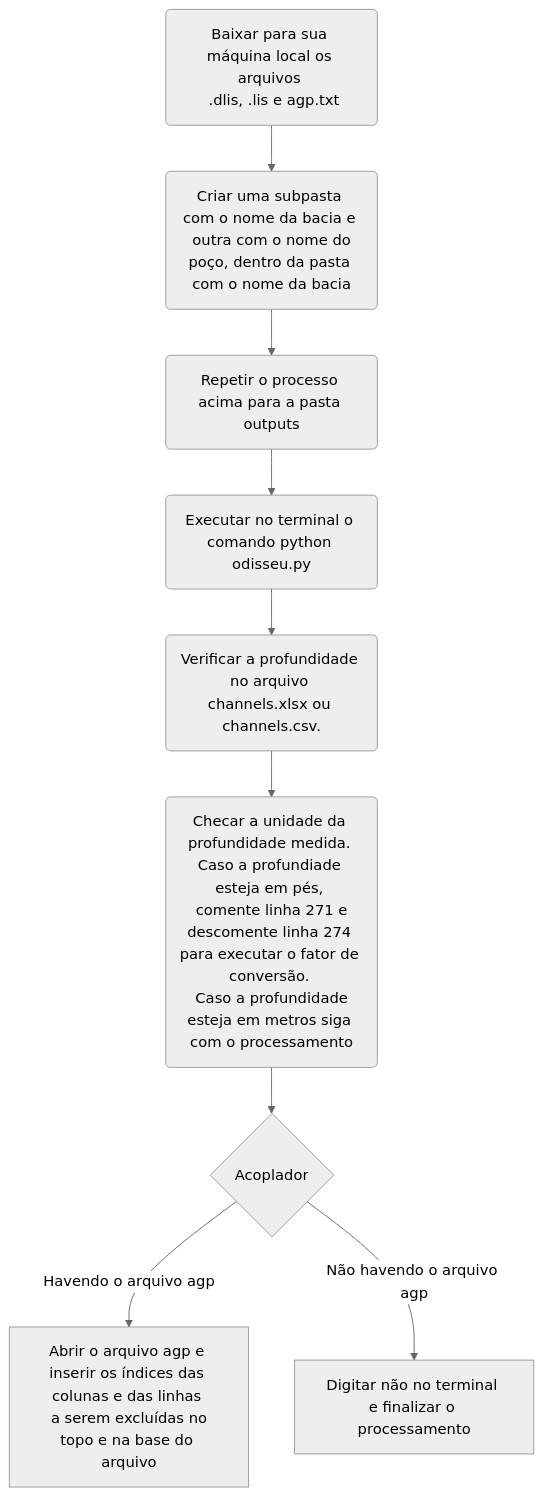
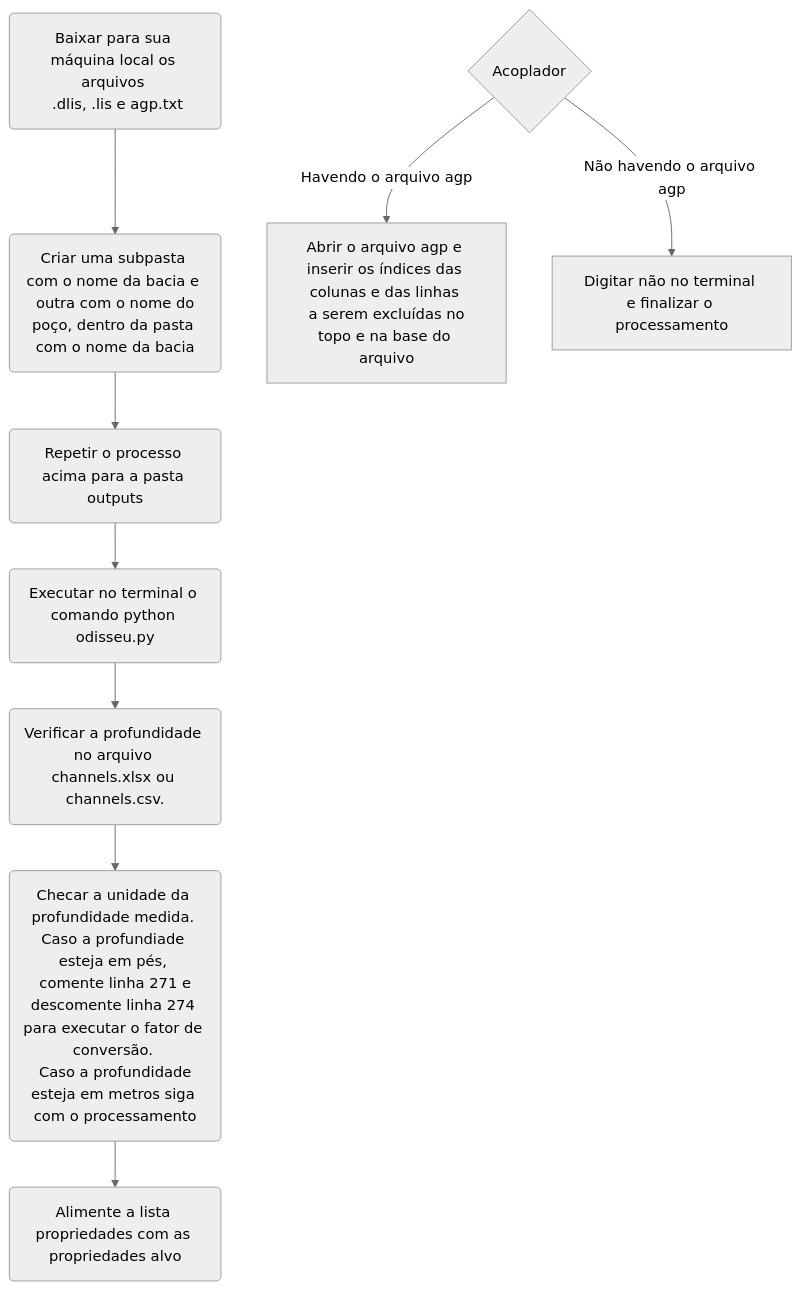
The diagram in README.md (PR-4/Odisseia), drawn with Mermaid (neutral theme) before and after one commit.

````diff
--- a/README.md
+++ b/README.md
@@ -18,16 +18,16 @@
 ```mermaid
 flowchart TD
 
 A(Baixar para sua máquina local os arquivos \n .dlis, .lis e agp.txt) --> B(Criar uma subpasta com o nome da bacia e \n outra com o nome do poço, dentro da pasta com o nome da bacia)
     B --> C(Repetir o processo acima para a pasta outputs)
     C --> D(Executar no terminal o comando python odisseu.py)
     D --> E(Verificar a profundidade no arquivo channels.xlsx ou channels.csv. ) 
     E --> F(Checar a unidade da profundidade medida. Caso a profundiade esteja em pés, \n comente linha 271 e descomente linha 274 para executar o fator de conversão. \n Caso a profundidade esteja em metros siga com o processamento)
-    F --> G(Alimentar a lista propriedades com as propriedades alvo)
+    F --> G(Alimente a lista propriedades com as propriedades alvo)
 
-               G{Acoplador}
-   G --> |Havendo o arquivo agp| H[Abrir o arquivo agp e inserir os índices das colunas e das linhas \n a serem excluídas no topo e na base do arquivo]   
-   G --> |Não havendo o arquivo agp| I[Digitar não no terminal e finalizar o processamento]
+               H{Acoplador}
+   H --> |Havendo o arquivo agp| I[Abrir o arquivo agp e inserir os índices das colunas e das linhas \n a serem excluídas no topo e na base do arquivo]   
+   H --> |Não havendo o arquivo agp| J[Digitar não no terminal e finalizar o processamento]
 
 
 ```
````
